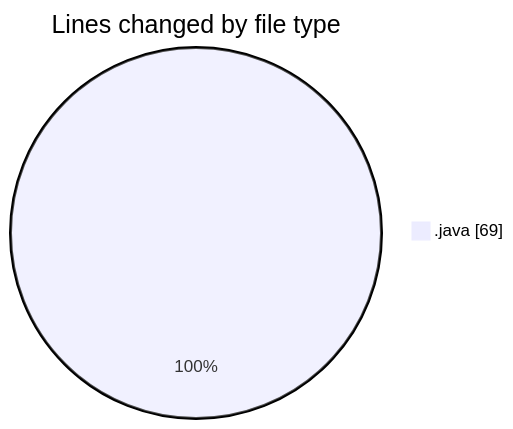
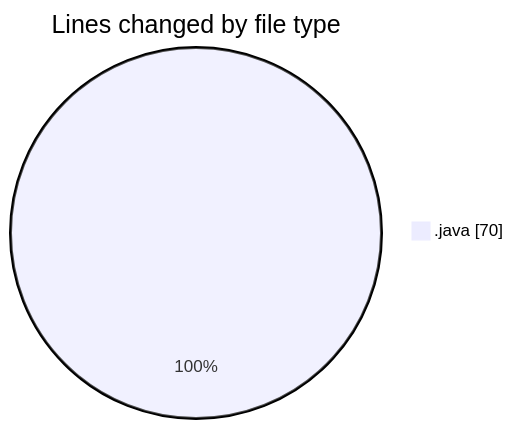
The first of 2 diagrams in 2025-02-22/coding_prac_7/README.md (NitaiMahat/code-tracking), drawn with Mermaid before and after one commit. The commit also changed other lines of this file and 1 other file, not shown here.

````diff
--- a/2025-02-22/coding_prac_7/README.md
+++ b/2025-02-22/coding_prac_7/README.md
@@ -22,5 +22,5 @@
 ```mermaid
 pie showData
 title Lines changed by file type
-".java" : 69
+".java" : 70
 ```
````
